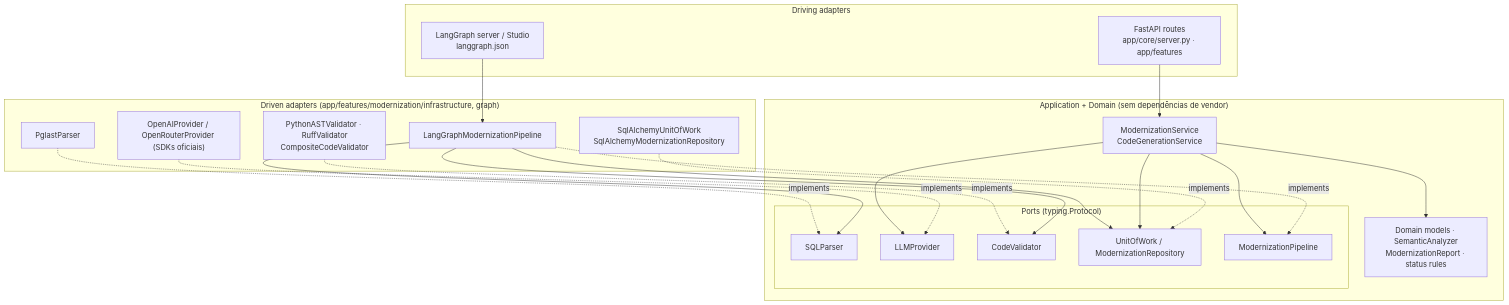
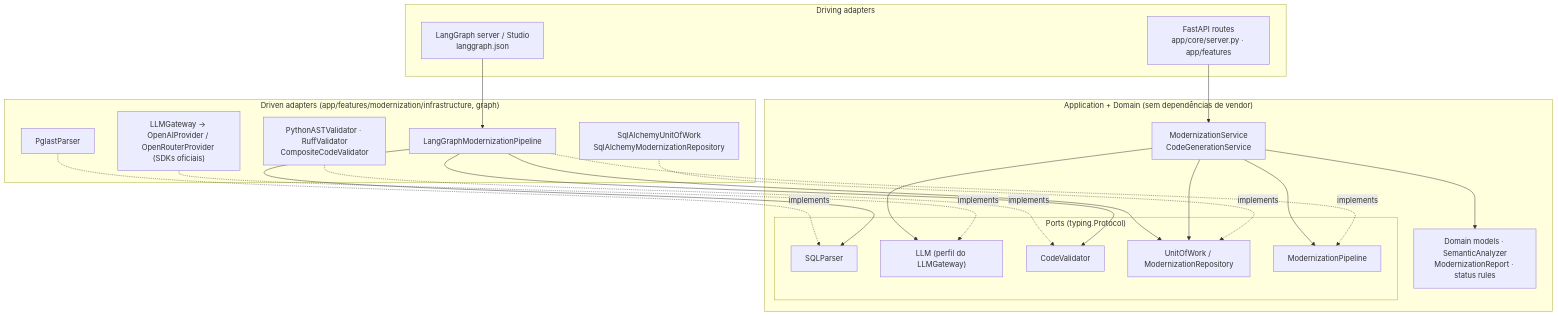
Before and after one commit to pedro-nuness/desafio-tecnico-sql-python: the second of 3 diagrams in README.md, drawn with Mermaid. The commit also changed other lines of this file and 28 other files, not shown here.

First line of the commit message:
feat: implement LLM gateway with multi-provider support and configuration

````diff
--- a/README.md
+++ b/README.md
@@ -171,42 +171,42 @@
 ```mermaid
 flowchart TB
     subgraph Driving["Driving adapters"]
         FASTAPI["FastAPI routes<br/>app/core/server.py · app/features"]
         LGCLI["LangGraph server / Studio<br/>langgraph.json"]
     end
 
     subgraph Core["Application + Domain (sem dependências de vendor)"]
         SVC["ModernizationService<br/>CodeGenerationService"]
         DOM["Domain models · SemanticAnalyzer<br/>ModernizationReport · status rules"]
         subgraph Ports["Ports (typing.Protocol)"]
             P1["SQLParser"]
-            P2["LLMProvider"]
+            P2["LLM (perfil do LLMGateway)"]
             P3["CodeValidator"]
             P4["UnitOfWork / ModernizationRepository"]
             P5["ModernizationPipeline"]
         end
     end
 
     subgraph Driven["Driven adapters (app/features/modernization/infrastructure, graph)"]
         A1["PglastParser"]
-        A2["OpenAIProvider / OpenRouterProvider (SDKs oficiais)"]
+        A2["LLMGateway → OpenAIProvider / OpenRouterProvider (SDKs oficiais)"]
         A3["PythonASTValidator · RuffValidator<br/>CompositeCodeValidator"]
         A4["SqlAlchemyUnitOfWork<br/>SqlAlchemyModernizationRepository"]
         A5["LangGraphModernizationPipeline"]
     end
 
     FASTAPI --> SVC
     LGCLI --> A5
     A5 --> P4
     SVC --> DOM
     SVC --> P4
     SVC --> P5
     SVC --> P2
     A1 -. implements .-> P1
     A2 -. implements .-> P2
     A3 -. implements .-> P3
     A4 -. implements .-> P4
     A5 -. implements .-> P5
     A5 --> P1
     A5 --> P3
 ```
````
